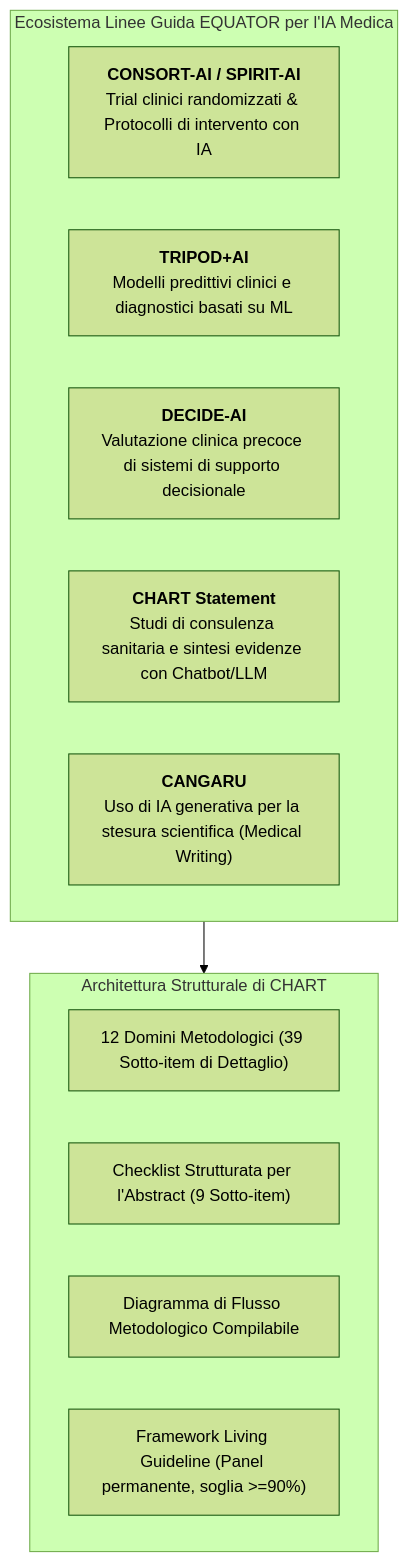
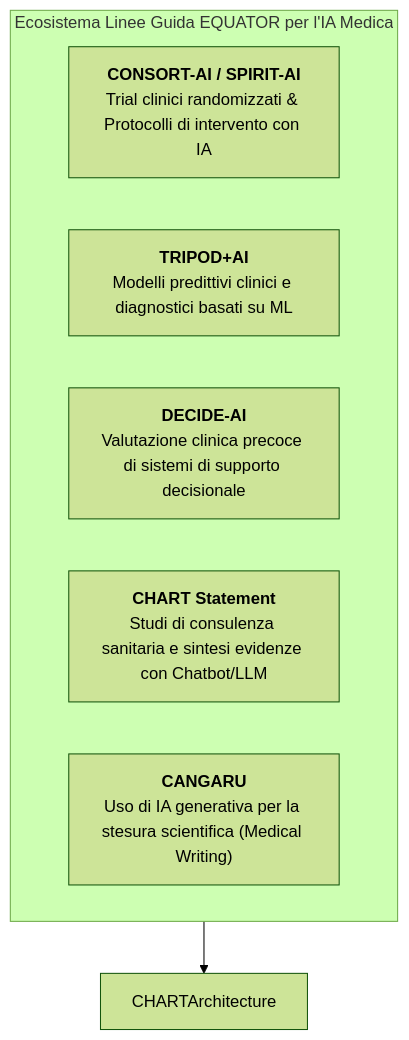
The diagram in content/chart-reporting-guideline.md (andreaferrari7-star/andreaferrari.github.io), drawn with Mermaid (forest theme) before and after one commit. The commit also changed other lines of this file and 340 other files, not shown here.

````diff
--- a/content/chart-reporting-guideline.md
+++ b/content/chart-reporting-guideline.md
@@ -13,19 +16,11 @@
 ```mermaid
 flowchart TD
     subgraph EQUATOREcosystem ["Ecosistema Linee Guida EQUATOR per l'IA Medica"]
         C1["<b>CONSORT-AI / SPIRIT-AI</b><br/>Trial clinici randomizzati & Protocolli di intervento con IA"]
         C2["<b>TRIPOD+AI</b><br/>Modelli predittivi clinici e diagnostici basati su ML"]
         C3["<b>DECIDE-AI</b><br/>Valutazione clinica precoce di sistemi di supporto decisionale"]
         C4["<b>CHART Statement</b><br/>Studi di consulenza sanitaria e sintesi evidenze con Chatbot/LLM"]
         C5["<b>CANGARU</b><br/>Uso di IA generativa per la stesura scientifica (Medical Writing)"]
     end
-
-    subgraph CHARTArchitecture ["Architettura Strutturale di CHART"]
-        D1["12 Domini Metodologici (39 Sotto-item di Dettaglio)"]
-        D2["Checklist Strutturata per l'Abstract (9 Sotto-item)"]
-        D3["Diagramma di Flusso Metodologico Compilabile"]
-        D4["Framework Living Guideline (Panel permanente, soglia >=90%)"]
-    end
-
     EQUATOREcosystem --> CHARTArchitecture
 ```
````
